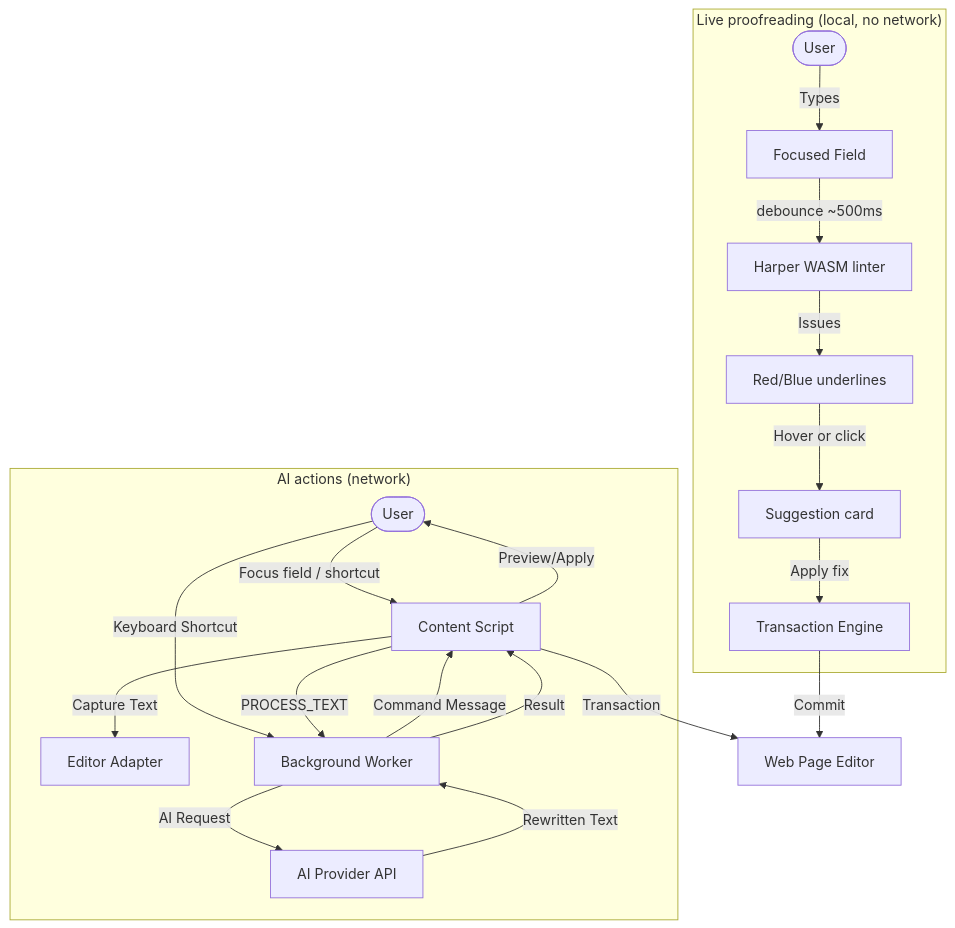
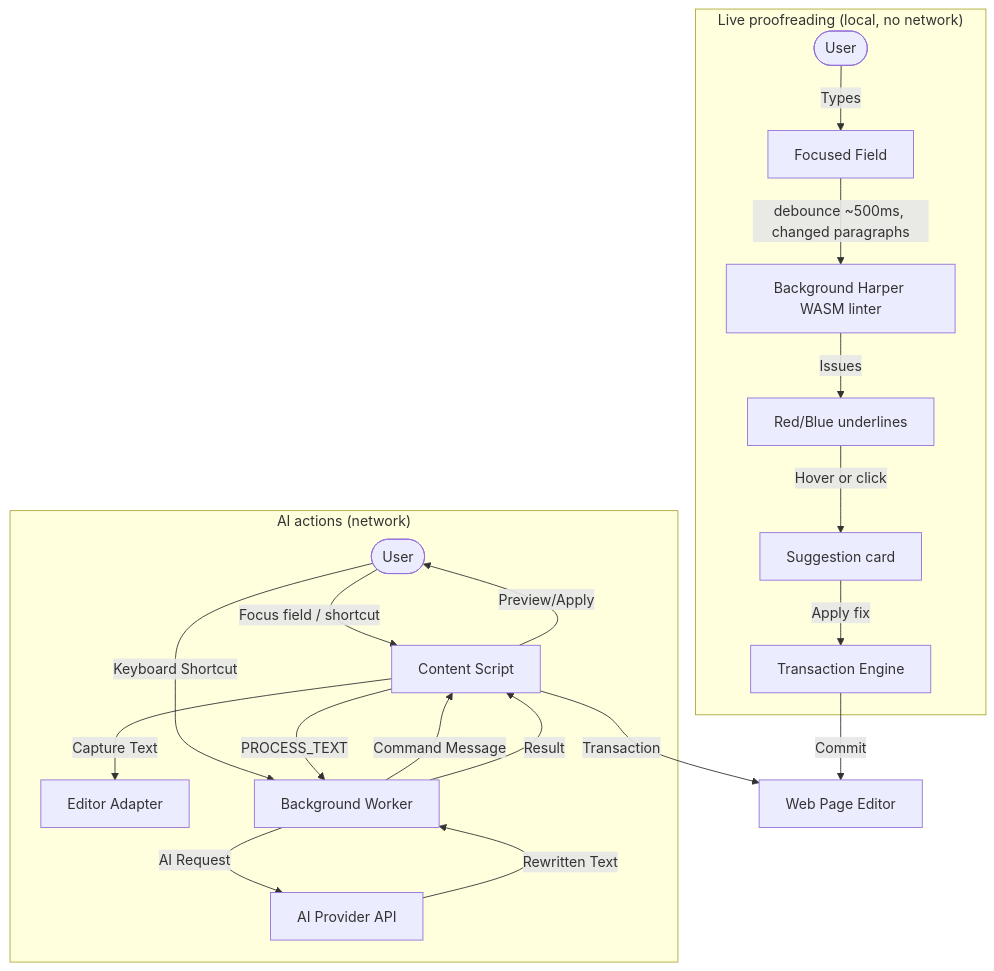
The diagram in architecture.md (rabden/hone-compose), drawn with Mermaid before and after one commit. The commit also changed other lines of this file and 66 other files, not shown here.

First line of the commit message:
Analytics dashboard, dithered charts, proofreading refactor, release pipeline

````diff
--- a/architecture.md
+++ b/architecture.md
@@ -9,25 +9,25 @@
 ```mermaid
 graph TD
     subgraph LiveProofreading["Live proofreading (local, no network)"]
         User([User]) -->|Types| Field[Focused Field]
-        Field -->|debounce ~500ms| Lint[Harper WASM linter]
+        Field -->|debounce ~500ms, changed paragraphs| Lint[Background Harper WASM linter]
         Lint -->|Issues| Underline[Red/Blue underlines]
         Underline -->|Hover or click| Card[Suggestion card]
         Card -->|Apply fix| Tx[Transaction Engine]
     end
 
     subgraph AIActions["AI actions (network)"]
         User2([User]) -->|Focus field / shortcut| Content[Content Script]
         Content -->|Capture Text| Adapter[Editor Adapter]
         User2 -->|Keyboard Shortcut| BG[Background Worker]
         BG -->|Command Message| Content
         Content -->|PROCESS_TEXT| BG
         BG -->|AI Request| AI[AI Provider API]
         AI -->|Rewritten Text| BG
         BG -->|Result| Content
         Content -->|Preview/Apply| User2
     end
 
     Tx -->|Commit| Editor[Web Page Editor]
     Content -->|Transaction| Editor
 ```
````
